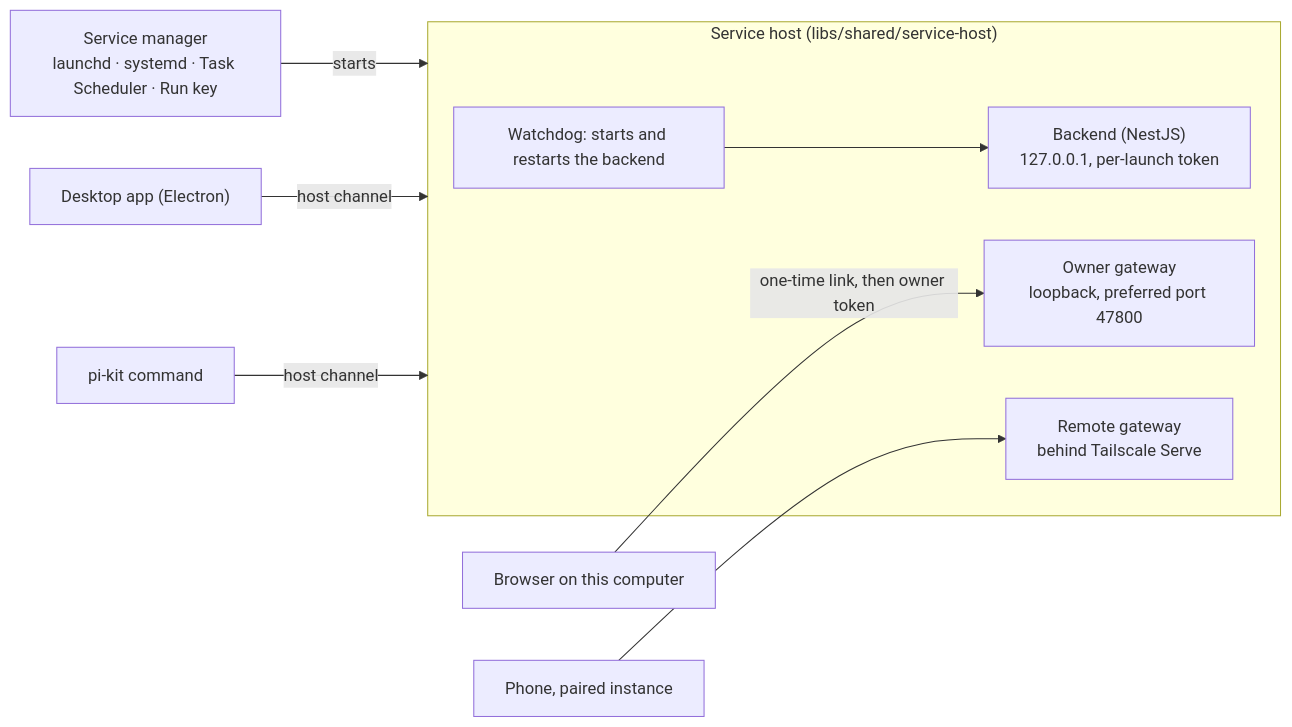
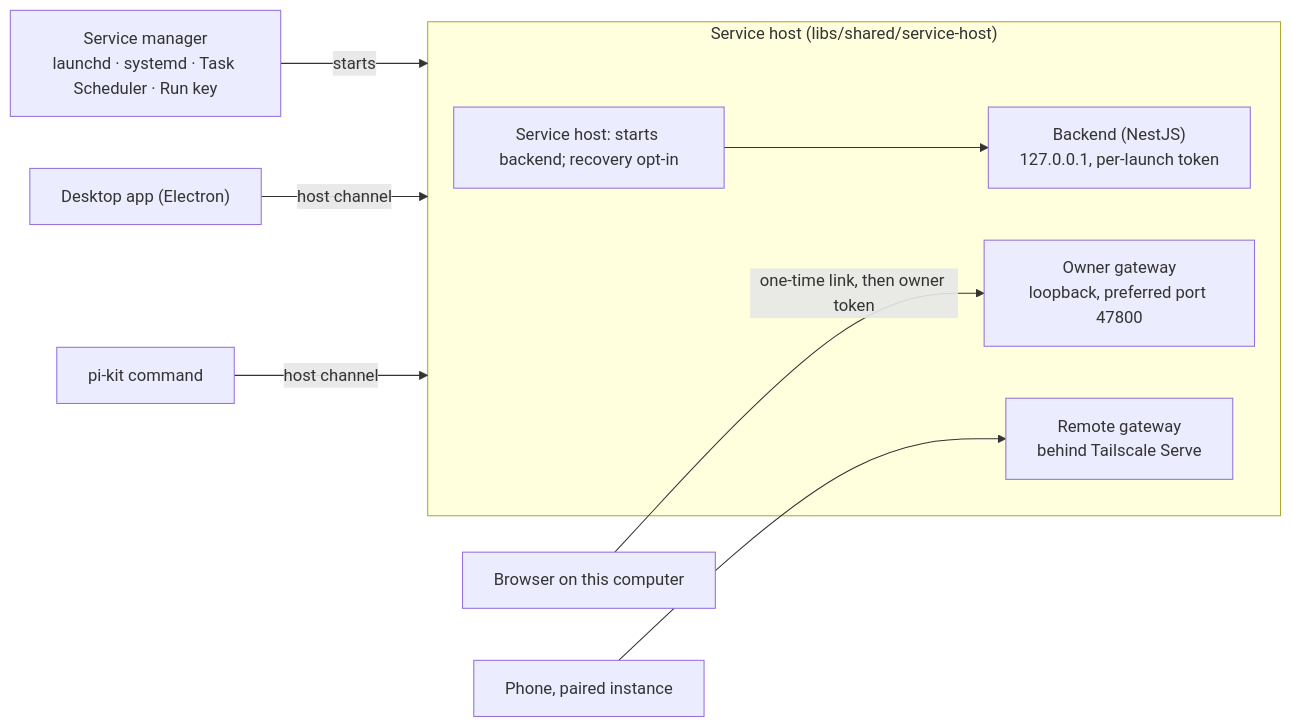
One commit to Soverius-AI/pi-kit changed the diagram in doc/docs/server.md. Above: the diagram before and after it, drawn with Mermaid. The commit also changed other lines of this file and 225 other files, not shown here.

First line of the commit message:
fix: make SQLite async and backend recovery opt-in

````diff
--- a/doc/docs/server.md
+++ b/doc/docs/server.md
@@ -12,20 +12,20 @@
 ```mermaid
 flowchart LR
   manager["Service manager\nlaunchd · systemd · Task Scheduler · Run key"]
   subgraph host["Service host (libs/shared/service-host)"]
-    watchdog["Watchdog: starts and restarts the backend"]
+    watchdog["Service host: starts backend; recovery opt-in"]
     backend["Backend (NestJS)\n127.0.0.1, per-launch token"]
     owner["Owner gateway\nloopback, preferred port 47800"]
     remote["Remote gateway\nbehind Tailscale Serve"]
   end
   desktop["Desktop app (Electron)"]
   cli["pi-kit command"]
   browser["Browser on this computer"]
   phone["Phone, paired instance"]
   manager -->|starts| host
   desktop -->|host channel| host
   cli -->|host channel| host
   browser -->|one-time link, then owner token| owner
   phone --> remote
   watchdog --> backend
 ```
````
